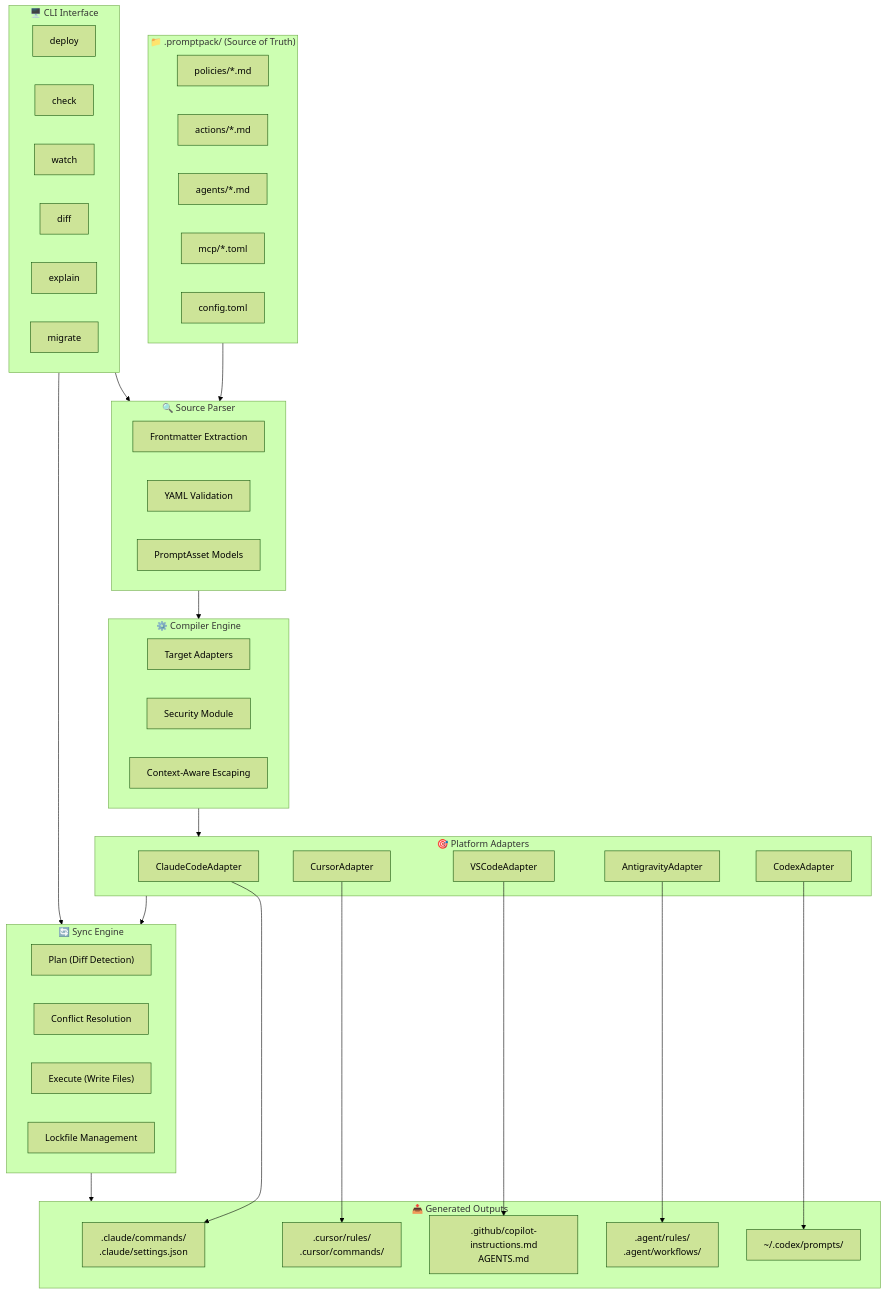
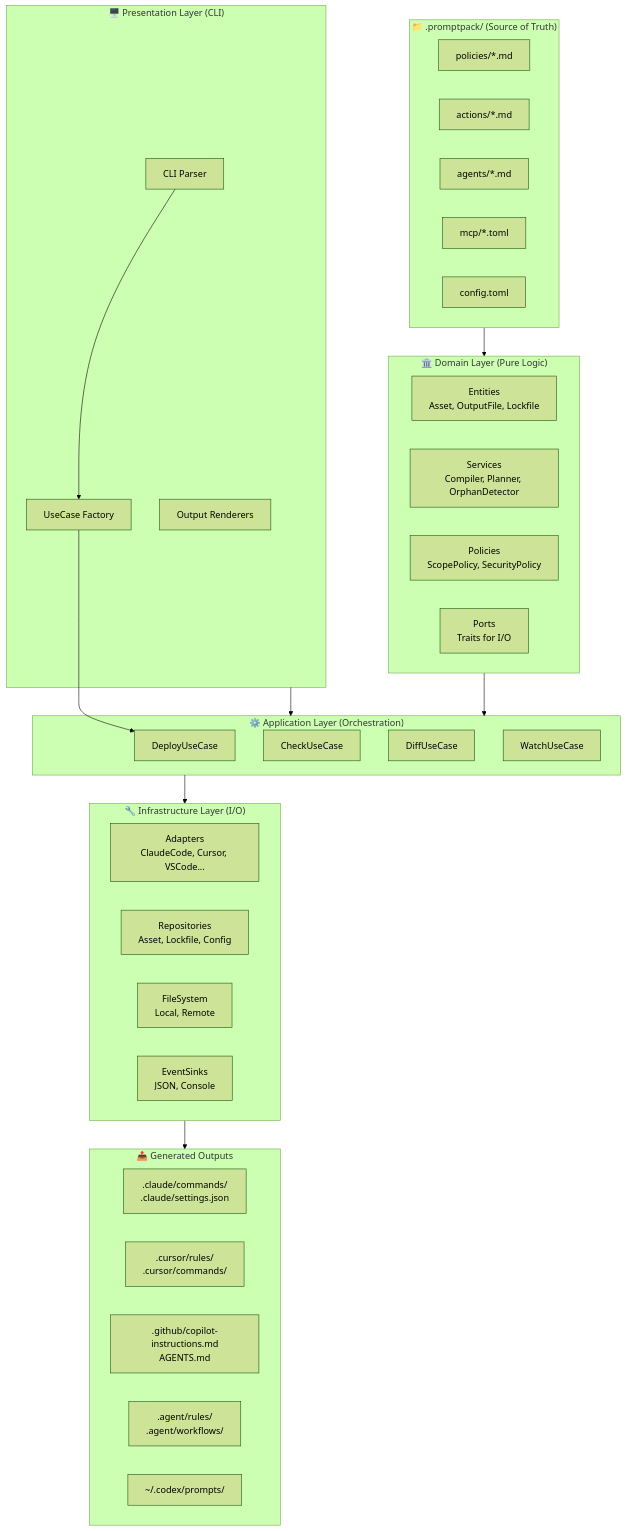
The first of 2 diagrams in docs/analysis-report.md (64andrewwalker/calvin), drawn with Mermaid (forest theme) before and after one commit. The commit also changed other lines of this file and 7 other files, not shown here.

````diff
--- a/docs/analysis-report.md
+++ b/docs/analysis-report.md
@@ -19,67 +20,53 @@
 ```mermaid
 graph TB
     subgraph Sources["📁 .promptpack/ (Source of Truth)"]
         policies["policies/*.md"]
         actions["actions/*.md"]
         agents["agents/*.md"]
         mcp["mcp/*.toml"]
         config["config.toml"]
     end
 
-    subgraph Parser["🔍 Source Parser"]
-        extract["Frontmatter Extraction"]
-        validate["YAML Validation"]
-        models["PromptAsset Models"]
+    subgraph Domain["🏛️ Domain Layer (Pure Logic)"]
+        entities["Entities<br/>Asset, OutputFile, Lockfile"]
+        services["Services<br/>Compiler, Planner, OrphanDetector"]
+        policies_d["Policies<br/>ScopePolicy, SecurityPolicy"]
+        ports["Ports<br/>Traits for I/O"]
     end
 
-    subgraph Compiler["⚙️ Compiler Engine"]
-        adapters["Target Adapters"]
-        security["Security Module"]
-        escaping["Context-Aware Escaping"]
+    subgraph Application["⚙️ Application Layer (Orchestration)"]
+        deploy_uc["DeployUseCase"]
+        check_uc["CheckUseCase"]
+        diff_uc["DiffUseCase"]
+        watch_uc["WatchUseCase"]
     end
 
-    subgraph Adapters["🎯 Platform Adapters"]
-        claude["ClaudeCodeAdapter"]
-        cursor["CursorAdapter"]
-        vscode["VSCodeAdapter"]
-        antigravity["AntigravityAdapter"]
-        codex["CodexAdapter"]
+    subgraph Infrastructure["🔧 Infrastructure Layer (I/O)"]
+        adapters["Adapters<br/>ClaudeCode, Cursor, VSCode..."]
+        repos["Repositories<br/>Asset, Lockfile, Config"]
+        fs["FileSystem<br/>Local, Remote"]
+        events["EventSinks<br/>JSON, Console"]
     end
 
-    subgraph Sync["🔄 Sync Engine"]
-        plan["Plan (Diff Detection)"]
-        conflict["Conflict Resolution"]
-        execute["Execute (Write Files)"]
-        lockfile["Lockfile Management"]
+    subgraph Presentation["🖥️ Presentation Layer (CLI)"]
+        cli["CLI Parser"]
+        factory["UseCase Factory"]
+        output["Output Renderers"]
     end
 
     subgraph Outputs["📤 Generated Outputs"]
         claude_out[".claude/commands/\n.claude/settings.json"]
         cursor_out[".cursor/rules/\n.cursor/commands/"]
         vscode_out[".github/copilot-instructions.md\nAGENTS.md"]
         antigravity_out[".agent/rules/\n.agent/workflows/"]
         codex_out["~/.codex/prompts/"]
     end
 
-    subgraph CLI["🖥️ CLI Interface"]
-        deploy["deploy"]
-        check["check"]
-        watch["watch"]
-        diff["diff"]
-        explain["explain"]
-        migrate["migrate"]
-    end
-
-    Sources --> Parser
-    Parser --> Compiler
-    Compiler --> Adapters
-    claude --> claude_out
-    cursor --> cursor_out
-    vscode --> vscode_out
-    antigravity --> antigravity_out
-    codex --> codex_out
-    Adapters --> Sync
-    Sync --> Outputs
-    CLI --> Parser
-    CLI --> Sync
+    Sources --> Domain
+    Domain --> Application
+    Application --> Infrastructure
+    Infrastructure --> Outputs
+    Presentation --> Application
+    cli --> factory
+    factory --> deploy_uc
 ```
````
